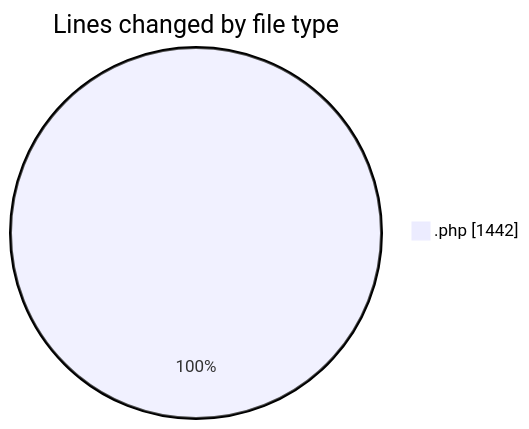
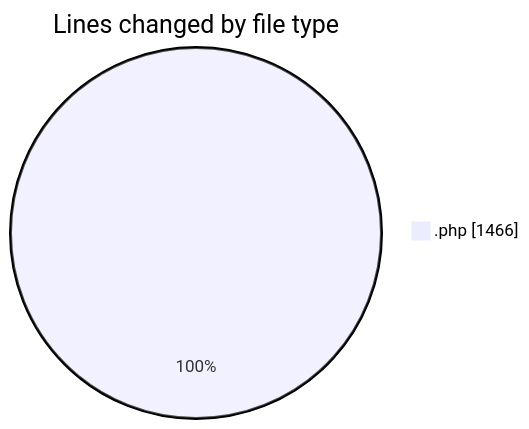
Before and after one commit to LanceThiago/code-tracking: the first of 2 diagrams in 2025-10-03/totem2/README.md, drawn with Mermaid. The commit also changed other lines of this file and 1 other file, not shown here.

````diff
--- a/2025-10-03/totem2/README.md
+++ b/2025-10-03/totem2/README.md
@@ -23,5 +23,5 @@
 ```mermaid
 pie showData
 title Lines changed by file type
-".php" : 1442
+".php" : 1466
 ```
````
